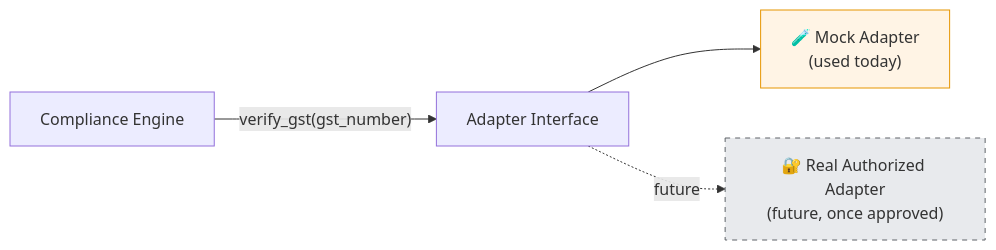
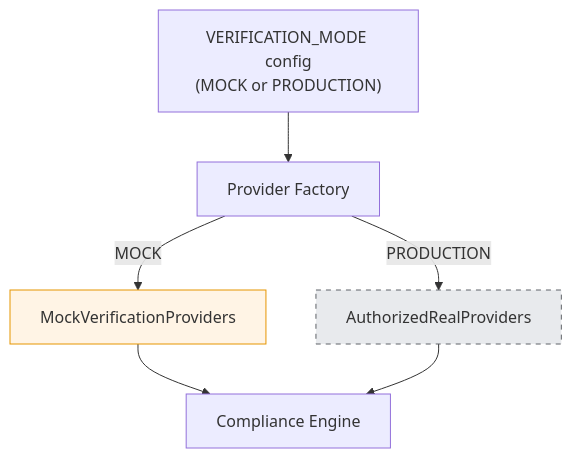
The fourth of 4 diagrams in architecture.md (IshanWankhede/BidVerify-AI), drawn with Mermaid before and after one commit. The commit also changed other lines of this file and 5 other files, not shown here.

````diff
--- a/architecture.md
+++ b/architecture.md
@@ -228,9 +403,11 @@
 ```mermaid
-flowchart LR
-    A[Compliance Engine] -->|"verify_gst(gst_number)"| B[Adapter Interface]
-    B --> C["🧪 Mock Adapter<br/>(used today)"]
-    B -.future.-> D["🔐 Real Authorized Adapter<br/>(future, once approved)"]
+flowchart TD
+    CFG["VERIFICATION_MODE config<br/>(MOCK or PRODUCTION)"] --> FACTORY[Provider Factory]
+    FACTORY -->|MOCK| MOCKS[MockVerificationProviders]
+    FACTORY -->|PRODUCTION| REAL[AuthorizedRealProviders]
+    MOCKS --> CE[Compliance Engine]
+    REAL --> CE
 
-    style C fill:#fff4e5,stroke:#e69500
-    style D fill:#e8eaed,stroke:#5f6368,stroke-dasharray: 5 5
+    style MOCKS fill:#fff4e5,stroke:#e69500
+    style REAL fill:#e8eaed,stroke:#5f6368,stroke-dasharray: 5 5
 ```
````
